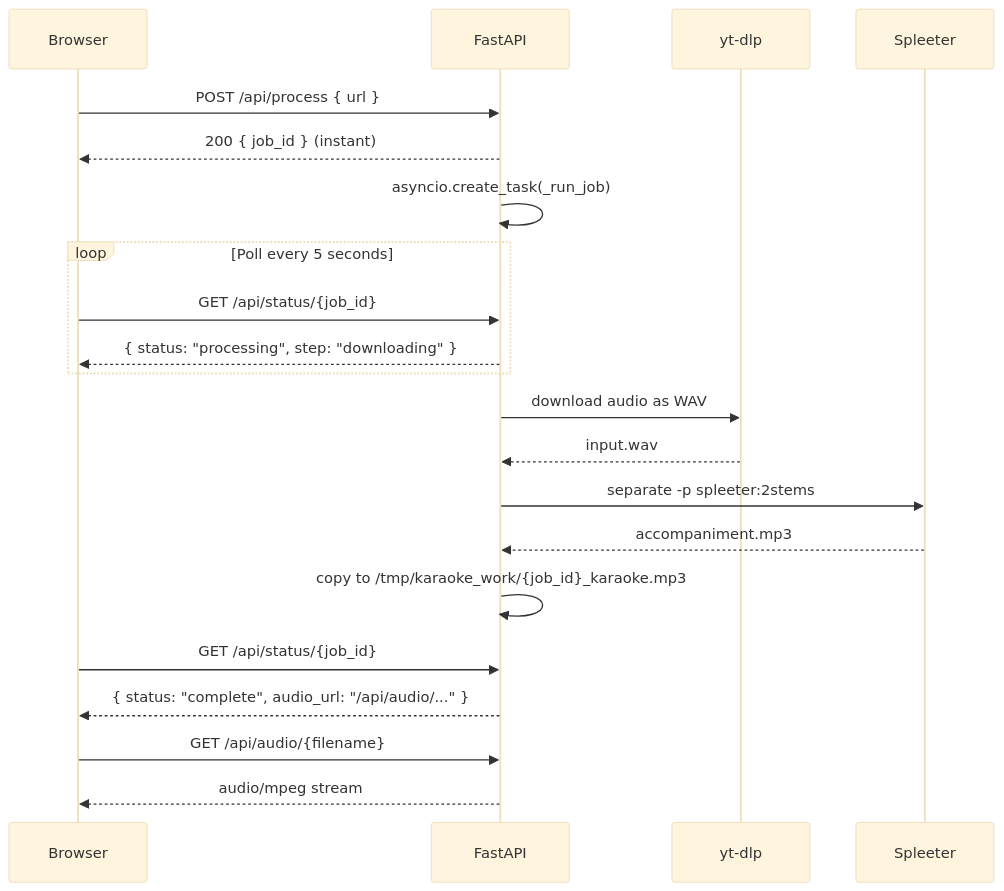
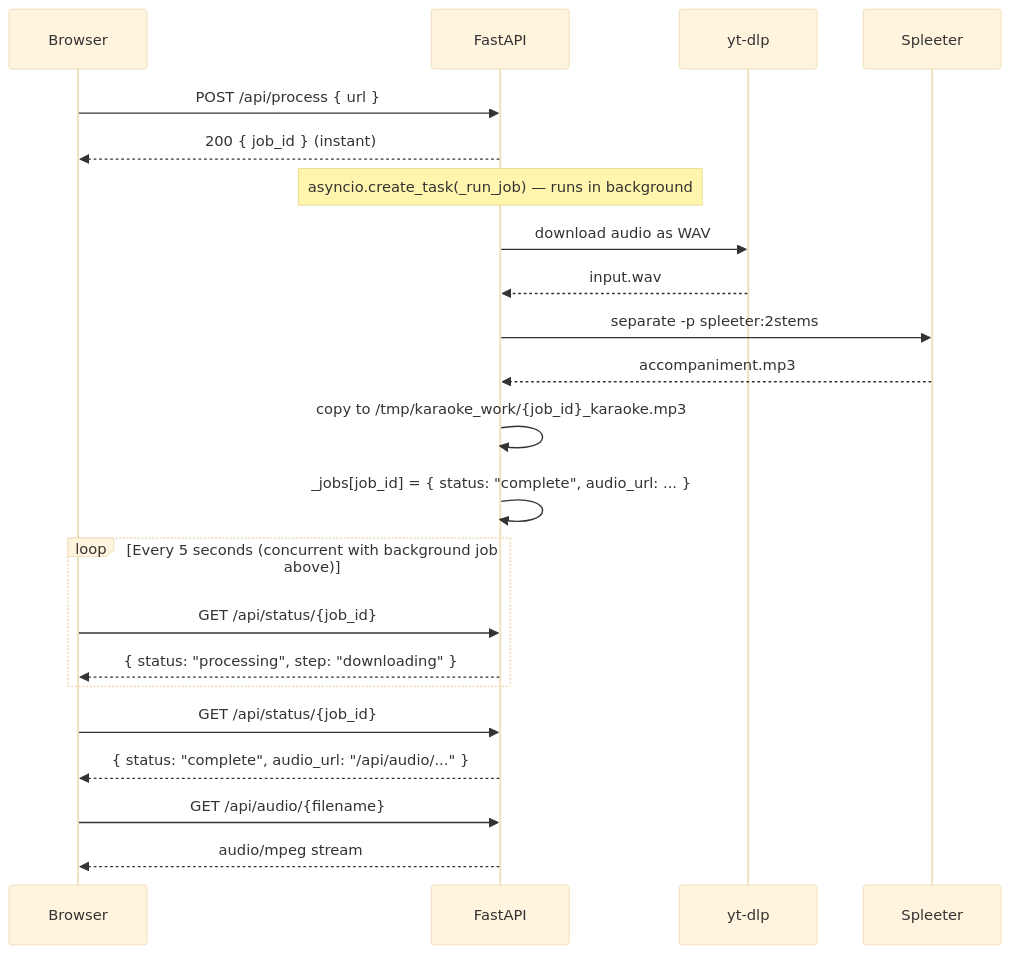
The diagram in README.md (kf-rahman/karaoke-maker), drawn with Mermaid (base theme) before and after one commit. The commit also changed other lines of this file and 3 other files, not shown here.

````diff
--- a/README.md
+++ b/README.md
@@ -37,30 +58,32 @@
 ```mermaid
 sequenceDiagram
     participant Browser
     participant FastAPI
     participant yt-dlp
     participant Spleeter
 
     Browser->>FastAPI: POST /api/process { url }
     FastAPI-->>Browser: 200 { job_id } (instant)
-    FastAPI->>FastAPI: asyncio.create_task(_run_job)
 
-    loop Poll every 5 seconds
-        Browser->>FastAPI: GET /api/status/{job_id}
-        FastAPI-->>Browser: { status: "processing", step: "downloading" }
-    end
+    Note over FastAPI: asyncio.create_task(_run_job) — runs in background
 
     FastAPI->>yt-dlp: download audio as WAV
     yt-dlp-->>FastAPI: input.wav
 
     FastAPI->>Spleeter: separate -p spleeter:2stems
     Spleeter-->>FastAPI: accompaniment.mp3
 
     FastAPI->>FastAPI: copy to /tmp/karaoke_work/{job_id}_karaoke.mp3
+    FastAPI->>FastAPI: _jobs[job_id] = { status: "complete", audio_url: ... }
+
+    loop Every 5 seconds (concurrent with background job above)
+        Browser->>FastAPI: GET /api/status/{job_id}
+        FastAPI-->>Browser: { status: "processing", step: "downloading" }
+    end
 
     Browser->>FastAPI: GET /api/status/{job_id}
     FastAPI-->>Browser: { status: "complete", audio_url: "/api/audio/..." }
 
     Browser->>FastAPI: GET /api/audio/{filename}
     FastAPI-->>Browser: audio/mpeg stream
 ```
````
